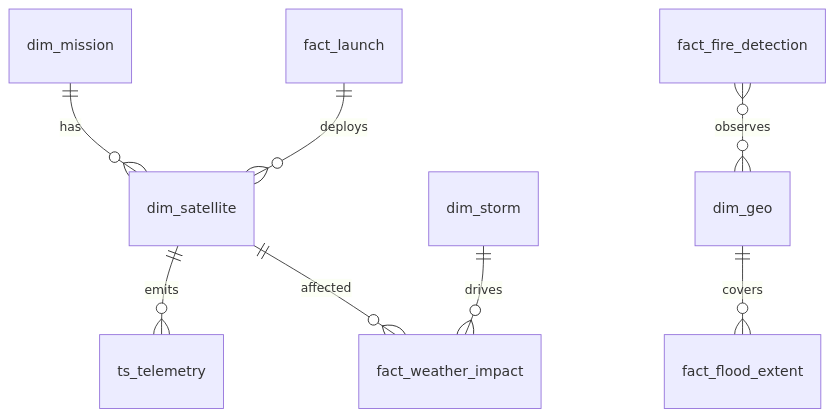
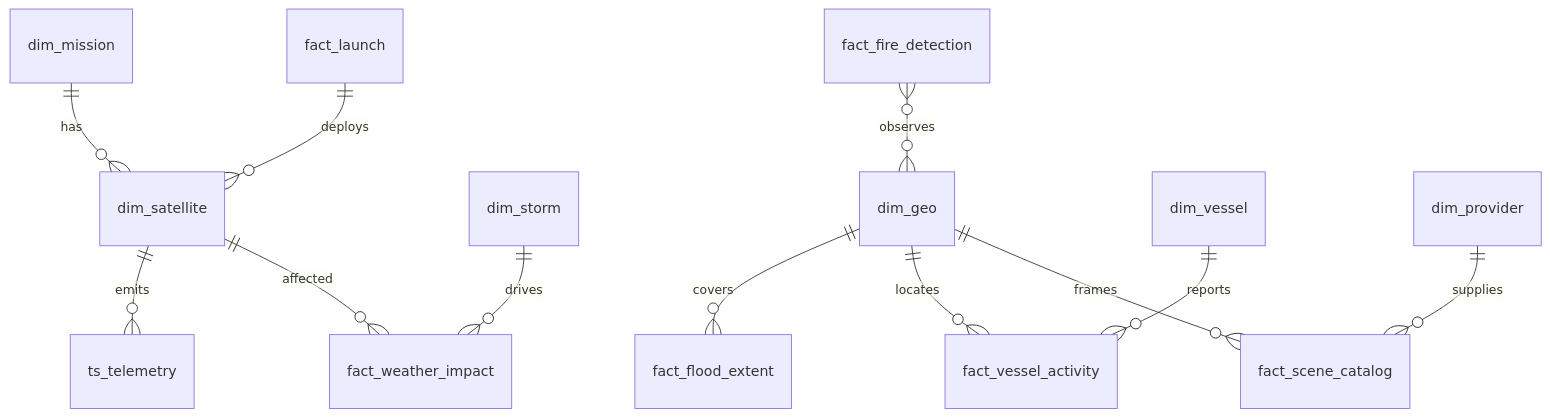
The diagram in docs/data-modeling/10-data-relationships.md (savadkv01/space-mission-data-ai-platform), drawn with Mermaid before and after one commit. The commit also changed other lines of this file and 26 other files, not shown here.

````diff
--- a/docs/data-modeling/10-data-relationships.md
+++ b/docs/data-modeling/10-data-relationships.md
@@ -17,10 +19,14 @@
 ```mermaid
 erDiagram
     dim_mission ||--o{ dim_satellite : has
     dim_satellite ||--o{ ts_telemetry : emits
     fact_launch ||--o{ dim_satellite : deploys
     dim_storm ||--o{ fact_weather_impact : drives
     dim_satellite ||--o{ fact_weather_impact : affected
     fact_fire_detection }o--o{ dim_geo : observes
     dim_geo ||--o{ fact_flood_extent : covers
+    dim_vessel ||--o{ fact_vessel_activity : reports
+    dim_geo ||--o{ fact_vessel_activity : locates
+    dim_provider ||--o{ fact_scene_catalog : supplies
+    dim_geo ||--o{ fact_scene_catalog : frames
 ```
````
